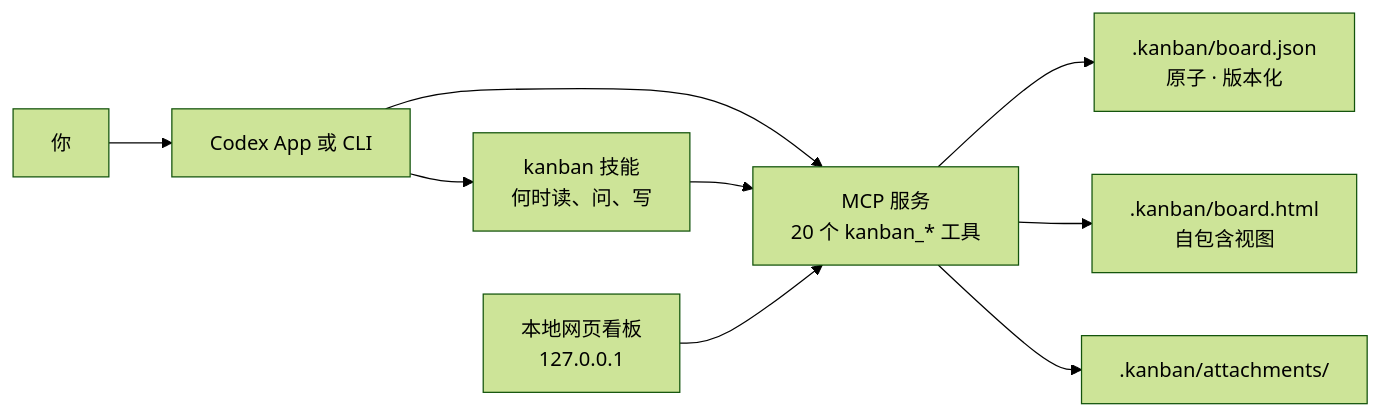
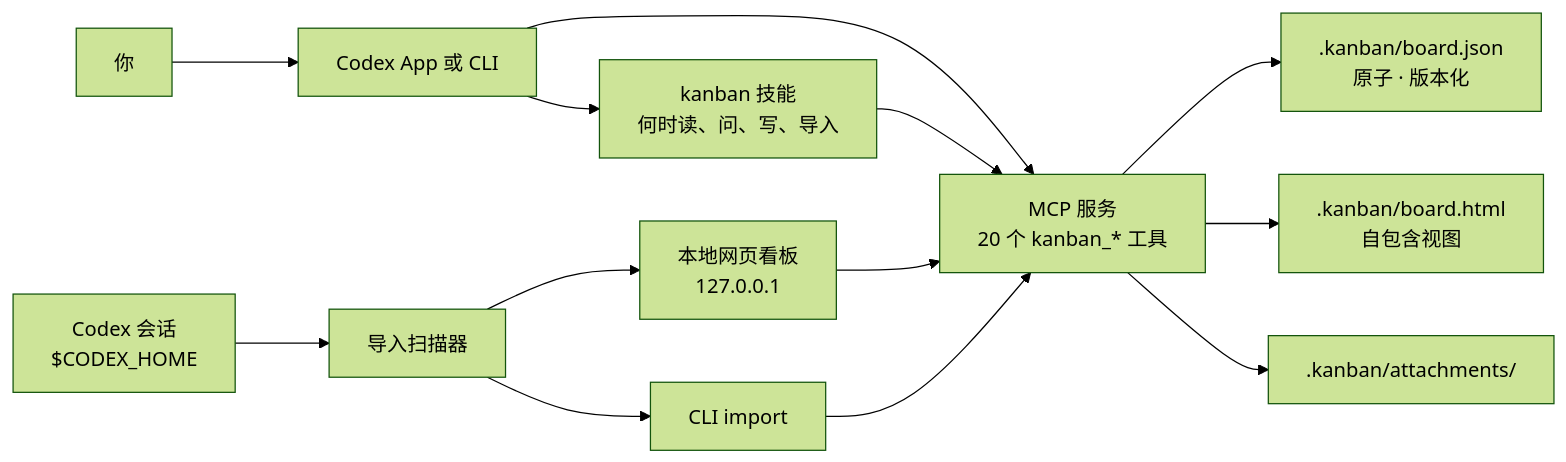
Before and after one commit to SilasSolivagus/codex-kanban: the diagram in README.zh-CN.md, drawn with Mermaid (forest theme). The commit also changed other lines of this file and 3 other files, not shown here.

````diff
--- a/README.zh-CN.md
+++ b/README.zh-CN.md
@@ -196,11 +193,15 @@
 ```mermaid
 flowchart LR
   U[你] --> A[Codex App 或 CLI]
-  A --> S[kanban 技能<br/>何时读、问、写]
+  A --> S[kanban 技能<br/>何时读、问、写、导入]
   A --> M[MCP 服务<br/>20 个 kanban_* 工具]
   S --> M
   W[本地网页看板<br/>127.0.0.1] --> M
+  I[Codex 会话<br/>$CODEX_HOME] --> P[导入扫描器]
+  P --> W
+  P --> C[CLI import]
+  C --> M
   M --> B[".kanban/board.json<br/>原子 · 版本化"]
   M --> H[".kanban/board.html<br/>自包含视图"]
   M --> F[".kanban/attachments/"]
 ```
````
